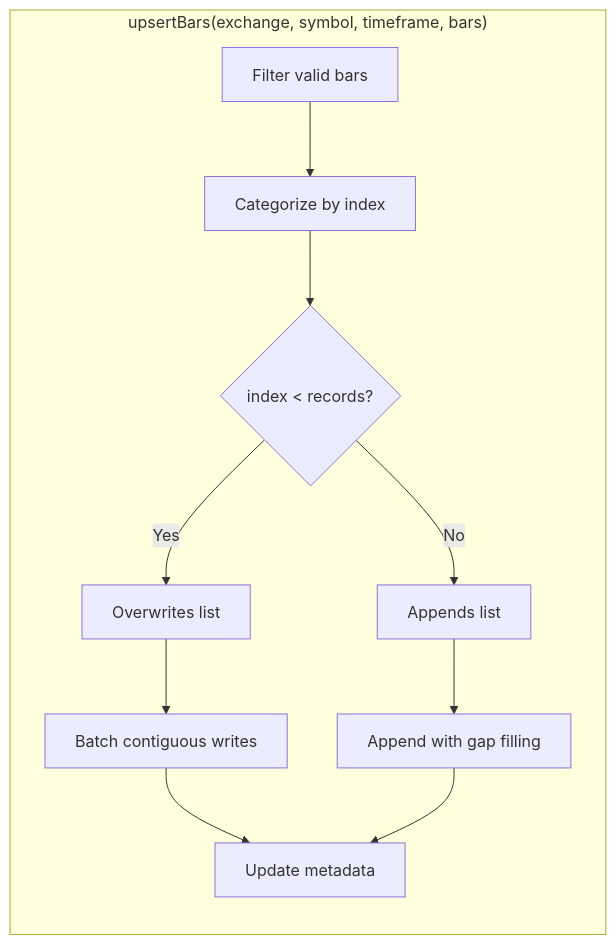
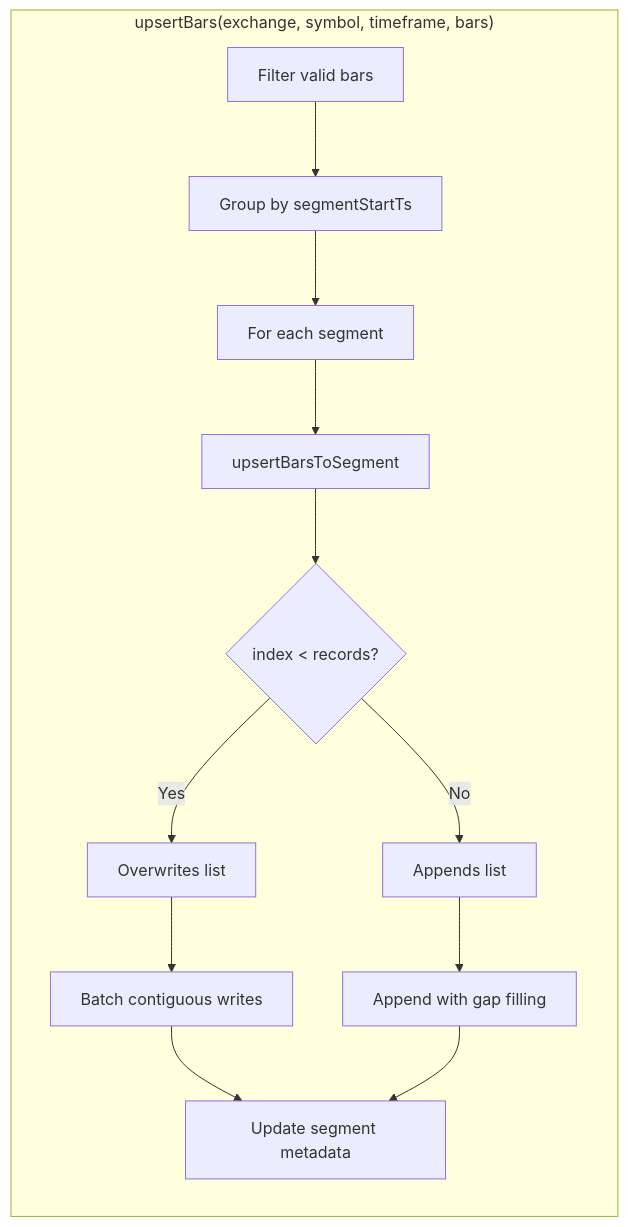
The third of 5 diagrams in src/storage/binaries/README.md (Tucsky/aggr-server), drawn with Mermaid before and after one commit. The commit also changed other lines of this file and 8 other files, not shown here.

````diff
--- a/src/storage/binaries/README.md
+++ b/src/storage/binaries/README.md
@@ -119,13 +145,15 @@
 ```mermaid
 flowchart LR
     subgraph upsertBars["upsertBars(exchange, symbol, timeframe, bars)"]
-        U1[Filter valid bars] --> U2[Categorize by index]
-        U2 --> U3{index < records?}
-        U3 -->|Yes| U4[Overwrites list]
-        U3 -->|No| U5[Appends list]
-        U4 --> U6[Batch contiguous writes]
-        U5 --> U7[Append with gap filling]
-        U6 --> U8[Update metadata]
-        U7 --> U8
+        U1[Filter valid bars] --> U2[Group by segmentStartTs]
+        U2 --> U3[For each segment]
+        U3 --> U4[upsertBarsToSegment]
+        U4 --> U5{index < records?}
+        U5 -->|Yes| U6[Overwrites list]
+        U5 -->|No| U7[Appends list]
+        U6 --> U8[Batch contiguous writes]
+        U7 --> U9[Append with gap filling]
+        U8 --> U10[Update segment metadata]
+        U9 --> U10
     end
 ```
````
